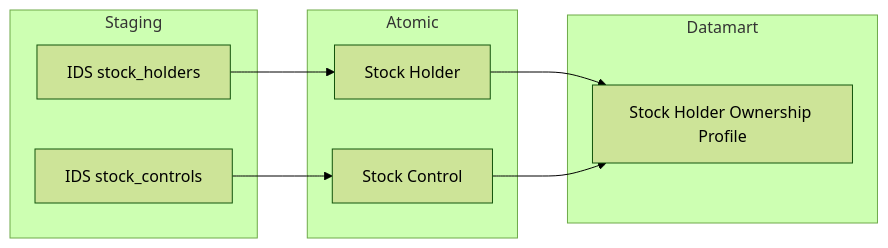
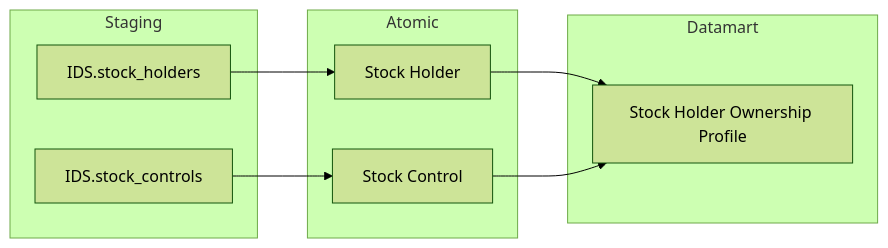
One commit to linhlvit/ubck_atomic_design changed the fourth of 16 diagrams in Datamart/hld/DTM_GSTT_HLD.md. Above: the diagram before and after it, drawn with Mermaid (forest theme). The commit also changed other lines of this file and 3 other files, not shown here.

````diff
--- a/Datamart/hld/DTM_GSTT_HLD.md
+++ b/Datamart/hld/DTM_GSTT_HLD.md
@@ -124,18 +128,18 @@
 ```mermaid
 flowchart LR
     subgraph SRC["Staging"]
-        S4A["IDS stock_holders"]
-        S4B["IDS stock_controls"]
+        S4A["IDS.stock_holders"]
+        S4B["IDS.stock_controls"]
     end
     subgraph SIL["Atomic"]
         A4A["Stock Holder"]
         A4B["Stock Control"]
     end
     subgraph GOLD["Datamart"]
-        O1["Stock Holder Ownership Profile"]
+        stk_hldr_ownrshp_prfl["Stock Holder Ownership Profile"]
     end
     S4A --> A4A
     S4B --> A4B
-    A4A --> O1
-    A4B --> O1
+    A4A --> stk_hldr_ownrshp_prfl
+    A4B --> stk_hldr_ownrshp_prfl
 ```
````
